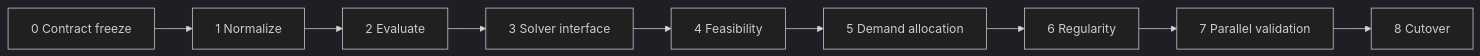
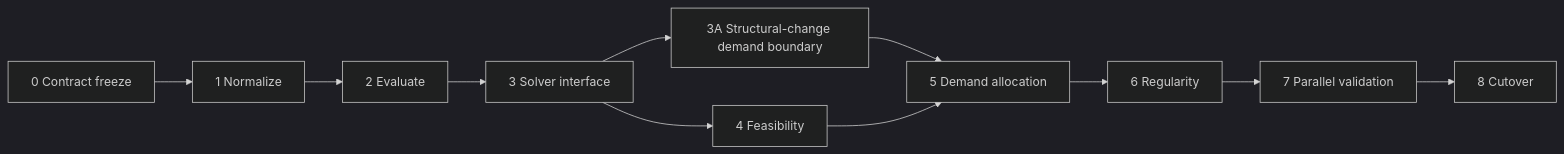
Before and after one commit to longpsu-bot/bus-schedule-optimizer: the diagram in docs/engine/MIGRATION_ROADMAP_TO_OR_TOOLS.md, drawn with Mermaid (dark theme). The commit also changed other lines of this file and 11 other files, not shown here.

````diff
--- a/docs/engine/MIGRATION_ROADMAP_TO_OR_TOOLS.md
+++ b/docs/engine/MIGRATION_ROADMAP_TO_OR_TOOLS.md
@@ -61,6 +69,9 @@
 ```mermaid
 flowchart LR
   S0["0 Contract freeze"] --> S1["1 Normalize"] --> S2["2 Evaluate"] --> S3["3 Solver interface"]
-  S3 --> S4["4 Feasibility"] --> S5["5 Demand allocation"] --> S6["6 Regularity"]
+  S3 --> S3A["3A Structural-change demand boundary"]
+  S3 --> S4["4 Feasibility"]
+  S3A --> S5["5 Demand allocation"]
+  S4 --> S5 --> S6["6 Regularity"]
   S6 --> S7["7 Parallel validation"] --> S8["8 Cutover"]
 ```
````
